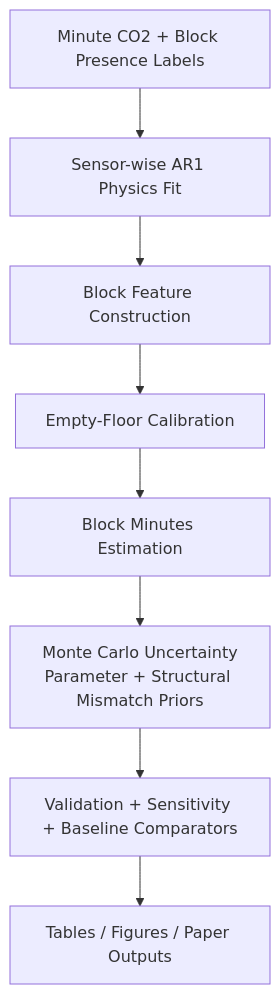
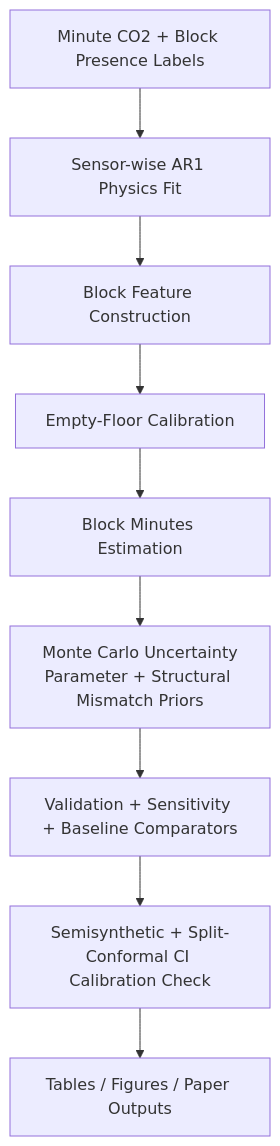
Before and after one commit to vanamagautam24/co2-occupancy-duration-inference-paper: the first of 3 diagrams in README.md, drawn with Mermaid. The commit also changed other lines of this file and 51 other files, not shown here.

````diff
--- a/README.md
+++ b/README.md
@@ -18,10 +18,11 @@
 ```mermaid
 flowchart TD
     A[Minute CO2 + Block Presence Labels] --> B[Sensor-wise AR1 Physics Fit]
     B --> C[Block Feature Construction]
     C --> D[Empty-Floor Calibration]
     D --> E[Block Minutes Estimation]
     E --> F[Monte Carlo Uncertainty<br/>Parameter + Structural Mismatch Priors]
     F --> G[Validation + Sensitivity + Baseline Comparators]
-    G --> H[Tables / Figures / Paper Outputs]
+    G --> SC[Semisynthetic + Split-Conformal CI Calibration Check]
+    SC --> H[Tables / Figures / Paper Outputs]
 ```
````
